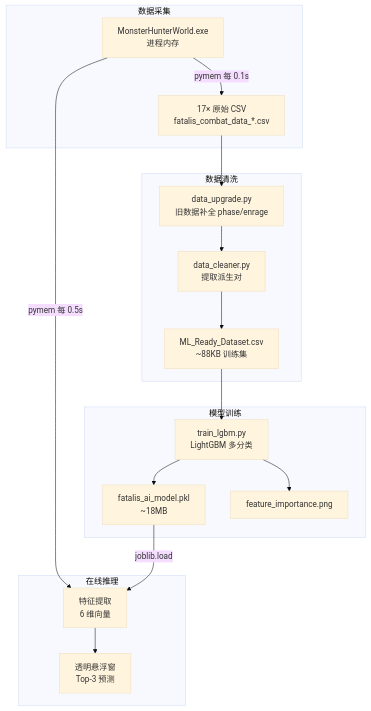
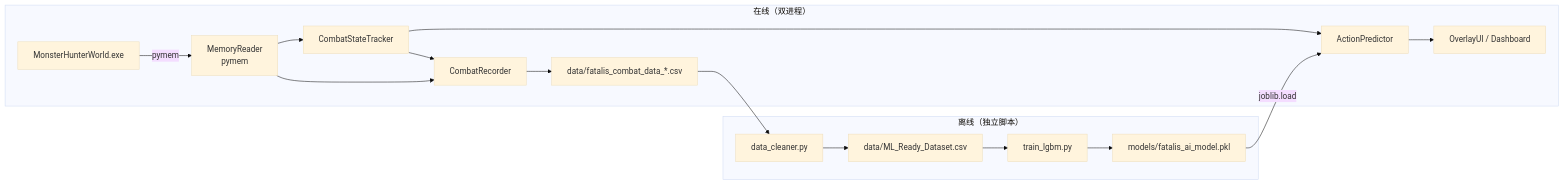
One commit to DeltMchey/Fatalis_Prediction changed the first of 2 diagrams in obsidian/Architecture/Data_Flow.md. Above: the diagram before and after it, drawn with Mermaid (base theme). The commit also changed other lines of this file and 22 other files, not shown here.

````diff
--- a/obsidian/Architecture/Data_Flow.md
+++ b/obsidian/Architecture/Data_Flow.md
@@ -18,24 +18,30 @@
 ```mermaid
-graph TD
-    subgraph "数据采集"
-        GAME[MonsterHunterWorld.exe<br/>进程内存] -->|pymem 每 0.1s| RAW[17× 原始 CSV<br/>fatalis_combat_data_*.csv]
+graph LR
+    subgraph "在线（双进程）"
+        GAME[MonsterHunterWorld.exe]
+        MEM[MemoryReader<br/>pymem]
+        ST[CombatStateTracker]
+        PRED[ActionPredictor]
+        REC[CombatRecorder]
+        CSV[data/fatalis_combat_data_*.csv]
+        UI[OverlayUI / Dashboard]
+        GAME -->|pymem| MEM
+        MEM --> ST
+        ST --> REC
+        MEM --> REC
+        REC --> CSV
+        ST --> PRED
+        PRED --> UI
     end
-
-    subgraph "数据清洗"
-        RAW --> UPGRADE[data_upgrade.py<br/>旧数据补全 phase/enrage]
-        UPGRADE --> CLEAN[data_cleaner.py<br/>提取派生对]
-        CLEAN --> ML[ML_Ready_Dataset.csv<br/>~88KB 训练集]
-    end
-
-    subgraph "模型训练"
-        ML --> TRAIN[train_lgbm.py<br/>LightGBM 多分类]
-        TRAIN --> MODEL[fatalis_ai_model.pkl<br/>~18MB]
-        TRAIN --> CHART[feature_importance.png]
-    end
-
-    subgraph "在线推理"
-        GAME -->|pymem 每 0.5s| INFER[特征提取<br/>6 维向量]
-        MODEL -->|joblib.load| INFER
-        INFER --> OVERLAY[透明悬浮窗<br/>Top-3 预测]
+    subgraph "离线（独立脚本）"
+        CLEAN[data_cleaner.py]
+        ML[data/ML_Ready_Dataset.csv]
+        TRAIN[train_lgbm.py]
+        MODEL[models/fatalis_ai_model.pkl]
+        CSV --> CLEAN
+        CLEAN --> ML
+        ML --> TRAIN
+        TRAIN --> MODEL
+        MODEL -->|joblib.load| PRED
     end
 ```
````
